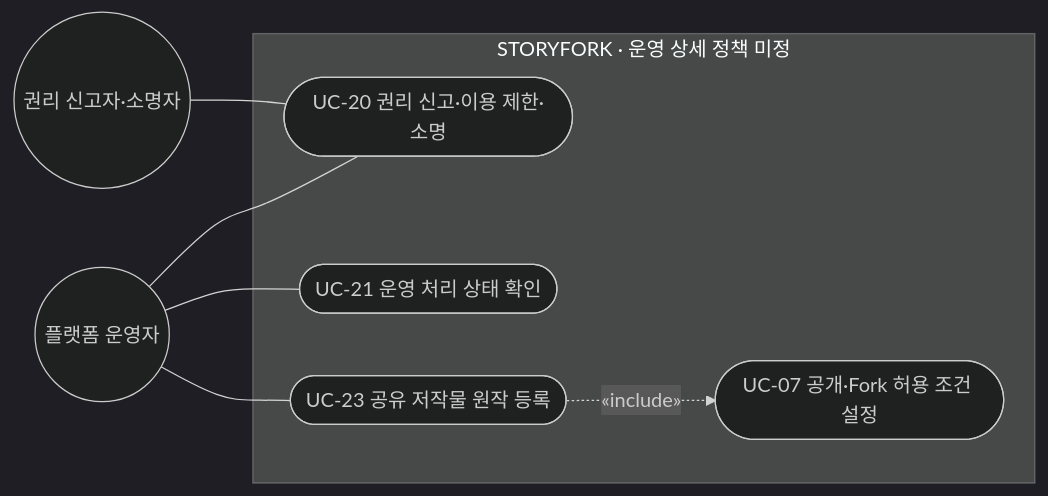
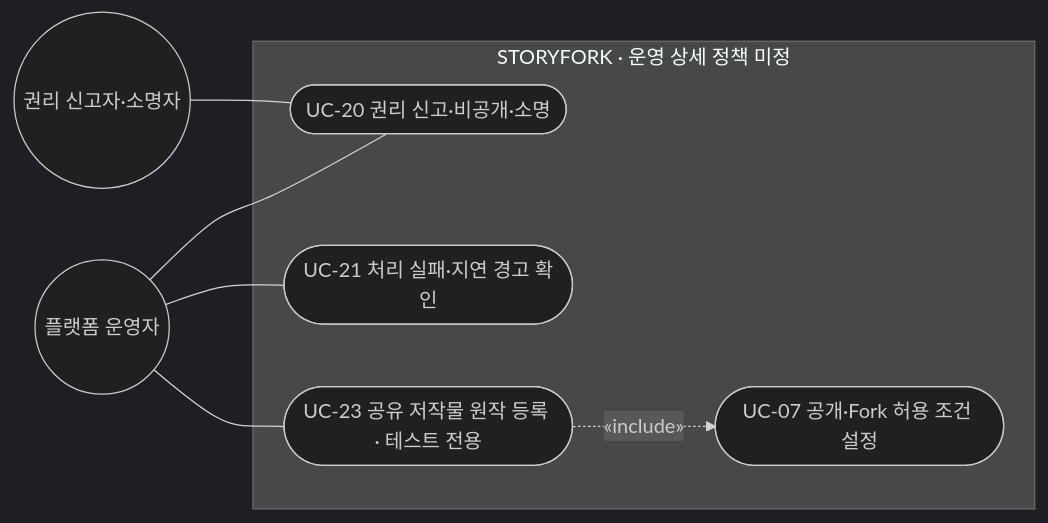
Before and after one commit to SKNETWORKS-FAMILY-AICAMP/SKN34-FINAL-4TEAM: the fifth of 9 diagrams in docs/usecase.md, drawn with Mermaid (dark theme). The commit also changed other lines of this file and 26 other files, not shown here.

````diff
--- a/docs/usecase.md
+++ b/docs/usecase.md
@@ -241,16 +258,16 @@
 ```mermaid
 flowchart LR
   O(("플랫폼 운영자"))
   H(("권리 신고자·소명자"))
   subgraph SYS["STORYFORK · 운영 상세 정책 미정"]
-    U20(["UC-20 권리 신고·이용 제한·소명"])
-    U21(["UC-21 운영 처리 상태 확인"])
-    U23(["UC-23 공유 저작물 원작 등록"])
+    U20(["UC-20 권리 신고·비공개·소명"])
+    U21(["UC-21 처리 실패·지연 경고 확인"])
+    U23(["UC-23 공유 저작물 원작 등록 · 테스트 전용"])
     U07(["UC-07 공개·Fork 허용 조건 설정"])
   end
   H --- U20
   O --- U20
   O --- U21
   O --- U23
   U23 -.->|"«include»"| U07
 ```
````
